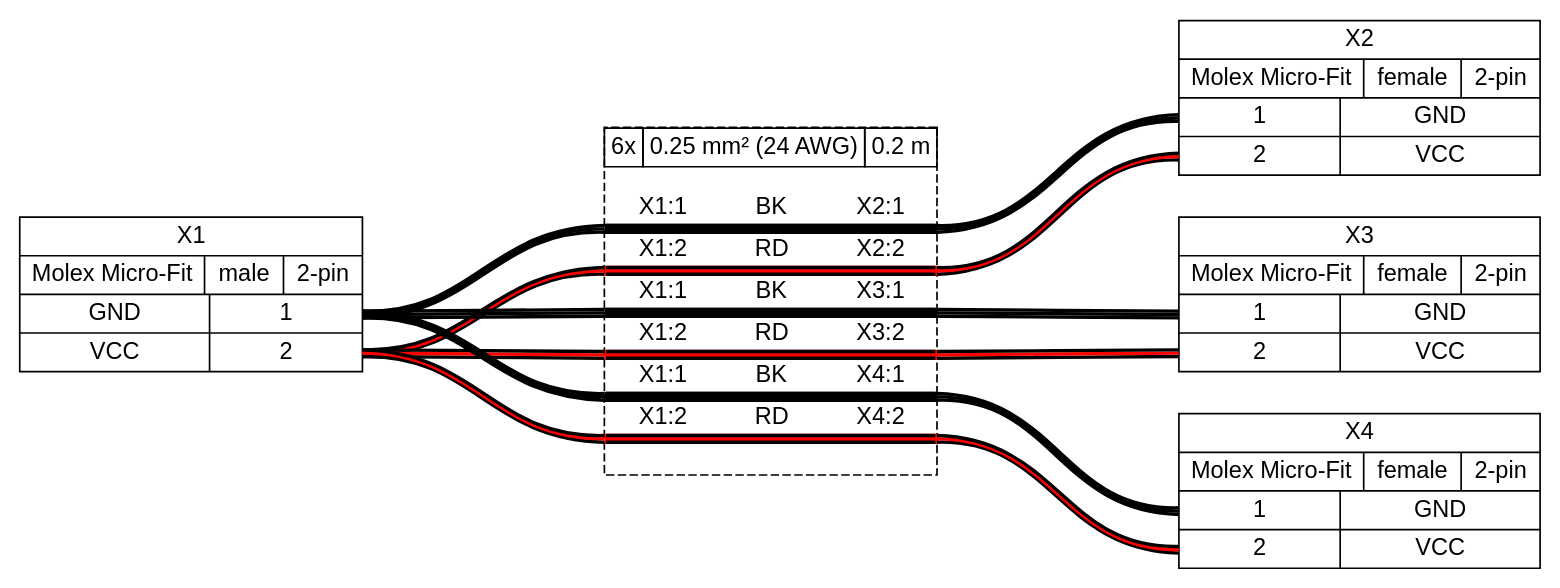
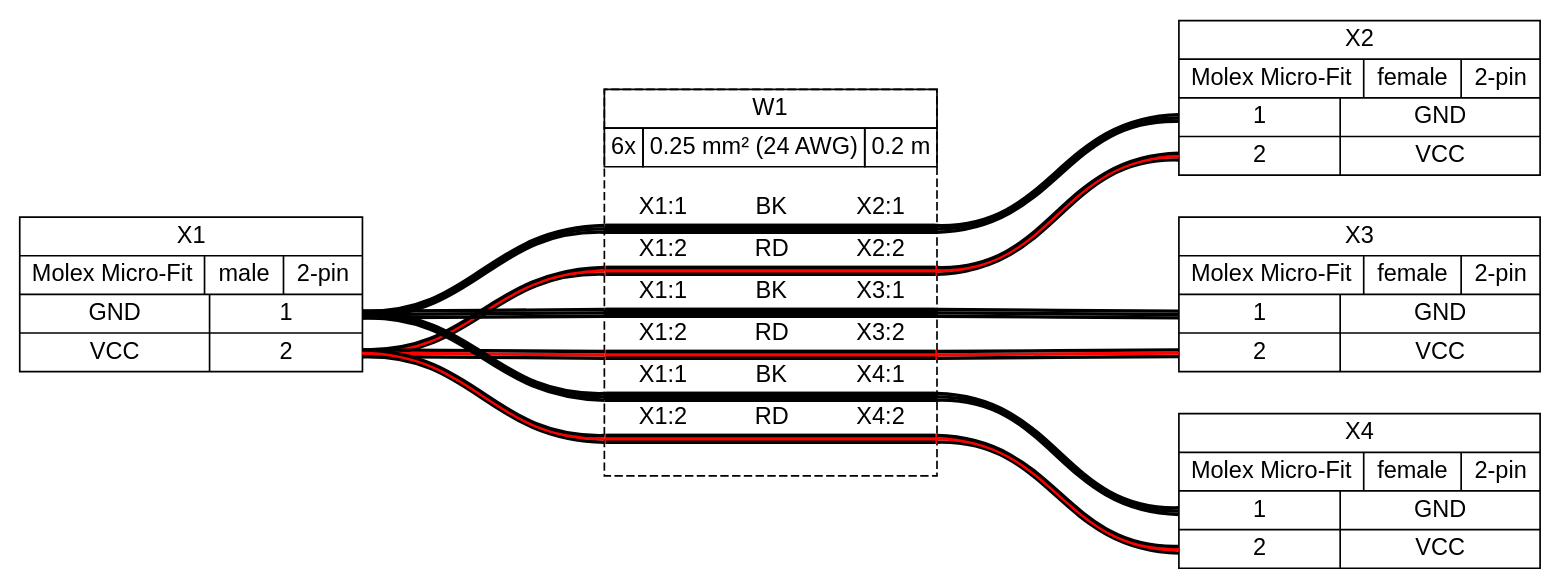
Before and after one commit to wireviz/WireViz: the diagram in examples/ex03.gv, drawn with Graphviz. The commit also changed 29 other files, not shown here.

```diff
--- a/examples/ex03.gv
+++ b/examples/ex03.gv
@@ -1,30 +1,30 @@
 graph {
 // Graph generated by WireViz
 // https://github.com/formatc1702/WireViz
 	graph [bgcolor=white fontname=arial nodesep=0.33 rankdir=LR ranksep=2]
 	node [fillcolor=white fontname=arial shape=record style=filled]
 	edge [fontname=arial style=bold]
 	X1 [label="X1|{Molex Micro-Fit|male|2-pin}|{{GND|VCC}|{<p1r>1|<p2r>2}}"]
 	X2 [label="X2|{Molex Micro-Fit|female|2-pin}|{{<p1l>1|<p2l>2}|{GND|VCC}}"]
 	X3 [label="X3|{Molex Micro-Fit|female|2-pin}|{{<p1l>1|<p2l>2}|{GND|VCC}}"]
 	X4 [label="X4|{Molex Micro-Fit|female|2-pin}|{{<p1l>1|<p2l>2}|{GND|VCC}}"]
 	edge [color="#000000:#000000:#000000"]
 	X1:p1r:e -- W1:w1:w
 	W1:w1:e -- X2:p1l:w
 	edge [color="#000000:#ff0000:#000000"]
 	X1:p2r:e -- W1:w2:w
 	W1:w2:e -- X2:p2l:w
 	edge [color="#000000:#000000:#000000"]
 	X1:p1r:e -- W1:w3:w
 	W1:w3:e -- X3:p1l:w
 	edge [color="#000000:#ff0000:#000000"]
 	X1:p2r:e -- W1:w4:w
 	W1:w4:e -- X3:p2l:w
 	edge [color="#000000:#000000:#000000"]
 	X1:p1r:e -- W1:w5:w
 	W1:w5:e -- X4:p1l:w
 	edge [color="#000000:#ff0000:#000000"]
 	X1:p2r:e -- W1:w6:w
 	W1:w6:e -- X4:p2l:w
-	W1 [label=<<table border="0" cellspacing="0" cellpadding="0"><tr><td><table border="0" cellspacing="0" cellpadding="3" cellborder="1"><tr><td>6x</td><td>0.25 mm² (24 AWG)</td><td>0.2 m</td></tr></table></td></tr><tr><td>&nbsp;</td></tr><tr><td><table border="0" cellspacing="0" cellborder="0"><tr><td>X1:1</td><td>BK</td><td>X2:1</td></tr><tr><td colspan="3" cellpadding="0" height="6" bgcolor="#000000" border="2" sides="tb" port="w1"></td></tr><tr><td>X1:2</td><td>RD</td><td>X2:2</td></tr><tr><td colspan="3" cellpadding="0" height="6" bgcolor="#ff0000" border="2" sides="tb" port="w2"></td></tr><tr><td>X1:1</td><td>BK</td><td>X3:1</td></tr><tr><td colspan="3" cellpadding="0" height="6" bgcolor="#000000" border="2" sides="tb" port="w3"></td></tr><tr><td>X1:2</td><td>RD</td><td>X3:2</td></tr><tr><td colspan="3" cellpadding="0" height="6" bgcolor="#ff0000" border="2" sides="tb" port="w4"></td></tr><tr><td>X1:1</td><td>BK</td><td>X4:1</td></tr><tr><td colspan="3" cellpadding="0" height="6" bgcolor="#000000" border="2" sides="tb" port="w5"></td></tr><tr><td>X1:2</td><td>RD</td><td>X4:2</td></tr><tr><td colspan="3" cellpadding="0" height="6" bgcolor="#ff0000" border="2" sides="tb" port="w6"></td></tr><tr><td>&nbsp;</td></tr></table></td></tr></table>> fillcolor=white margin=0 shape=box style="filled,dashed"]
+	W1 [label=<<table border="0" cellspacing="0" cellpadding="0"><tr><td><table border="0" cellspacing="0" cellpadding="3" cellborder="1"><tr><td colspan="3">W1</td></tr><tr><td>6x</td><td>0.25 mm² (24 AWG)</td><td>0.2 m</td></tr></table></td></tr><tr><td>&nbsp;</td></tr><tr><td><table border="0" cellspacing="0" cellborder="0"><tr><td>X1:1</td><td>BK</td><td>X2:1</td></tr><tr><td colspan="3" cellpadding="0" height="6" bgcolor="#000000" border="2" sides="tb" port="w1"></td></tr><tr><td>X1:2</td><td>RD</td><td>X2:2</td></tr><tr><td colspan="3" cellpadding="0" height="6" bgcolor="#ff0000" border="2" sides="tb" port="w2"></td></tr><tr><td>X1:1</td><td>BK</td><td>X3:1</td></tr><tr><td colspan="3" cellpadding="0" height="6" bgcolor="#000000" border="2" sides="tb" port="w3"></td></tr><tr><td>X1:2</td><td>RD</td><td>X3:2</td></tr><tr><td colspan="3" cellpadding="0" height="6" bgcolor="#ff0000" border="2" sides="tb" port="w4"></td></tr><tr><td>X1:1</td><td>BK</td><td>X4:1</td></tr><tr><td colspan="3" cellpadding="0" height="6" bgcolor="#000000" border="2" sides="tb" port="w5"></td></tr><tr><td>X1:2</td><td>RD</td><td>X4:2</td></tr><tr><td colspan="3" cellpadding="0" height="6" bgcolor="#ff0000" border="2" sides="tb" port="w6"></td></tr><tr><td>&nbsp;</td></tr></table></td></tr></table>> fillcolor=white margin=0 shape=box style="filled,dashed"]
 }
```
